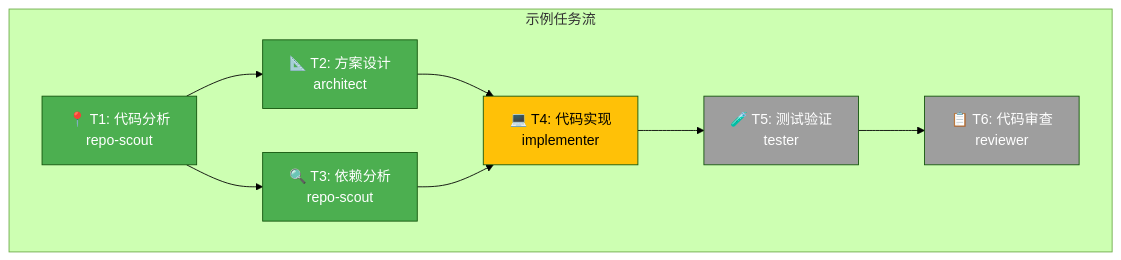
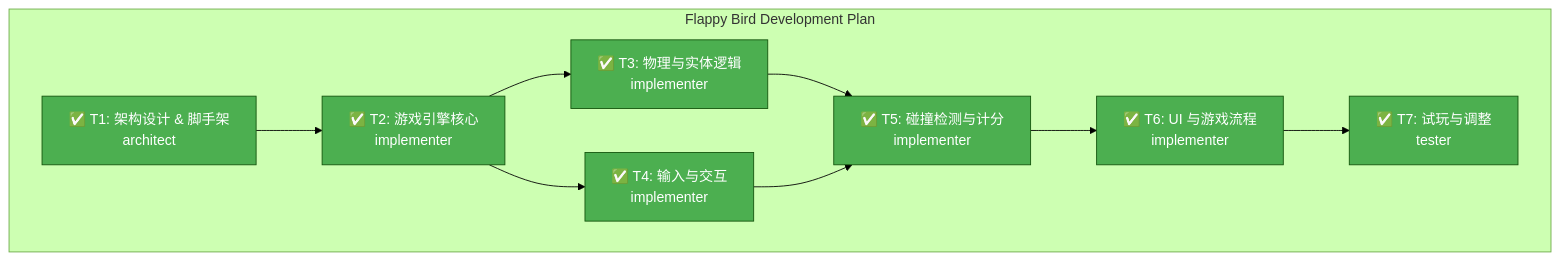
The diagram in DASHBOARD.md (fql9/multiagent-autodev-workflow), drawn with Mermaid (forest theme) before and after one commit. The commit also changed other lines of this file and 9 other files, not shown here.

First line of the commit message:
feat: add Flappy Bird sample game and update documentation

````diff
--- a/DASHBOARD.md
+++ b/DASHBOARD.md
@@ -46,18 +35,20 @@
 ```mermaid
 graph TD
-    subgraph "示例任务流"
-        T1[📍 T1: 代码分析<br/>repo-scout] --> T2[📐 T2: 方案设计<br/>architect]
-        T1 --> T3[🔍 T3: 依赖分析<br/>repo-scout]
-        T2 --> T4[💻 T4: 代码实现<br/>implementer]
-        T3 --> T4
-        T4 --> T5[🧪 T5: 测试验证<br/>tester]
-        T5 --> T6[📋 T6: 代码审查<br/>reviewer]
+    subgraph "Flappy Bird Development Plan"
+        T1[✅ T1: 架构设计 & 脚手架<br/>architect] --> T2[✅ T2: 游戏引擎核心<br/>implementer]
+        T2 --> T3[✅ T3: 物理与实体逻辑<br/>implementer]
+        T2 --> T4[✅ T4: 输入与交互<br/>implementer]
+        T3 --> T5[✅ T5: 碰撞检测与计分<br/>implementer]
+        T4 --> T5
+        T5 --> T6[✅ T6: UI 与游戏流程<br/>implementer]
+        T6 --> T7[✅ T7: 试玩与调整<br/>tester]
     end
     
     style T1 fill:#4CAF50,color:#fff
     style T2 fill:#4CAF50,color:#fff
     style T3 fill:#4CAF50,color:#fff
-    style T4 fill:#FFC107,color:#000
-    style T5 fill:#9E9E9E,color:#fff
-    style T6 fill:#9E9E9E,color:#fff
+    style T4 fill:#4CAF50,color:#fff
+    style T5 fill:#4CAF50,color:#fff
+    style T6 fill:#4CAF50,color:#fff
+    style T7 fill:#4CAF50,color:#fff
 ```
````
